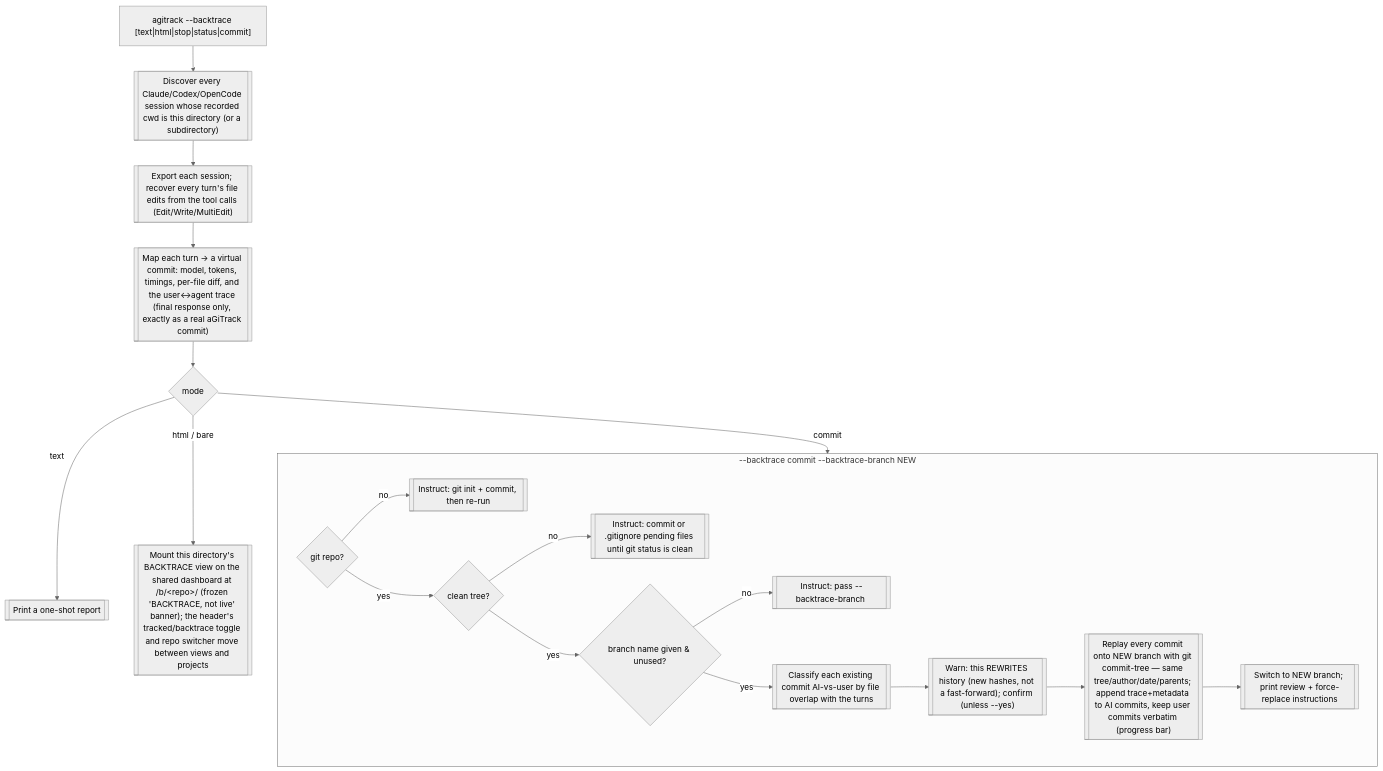
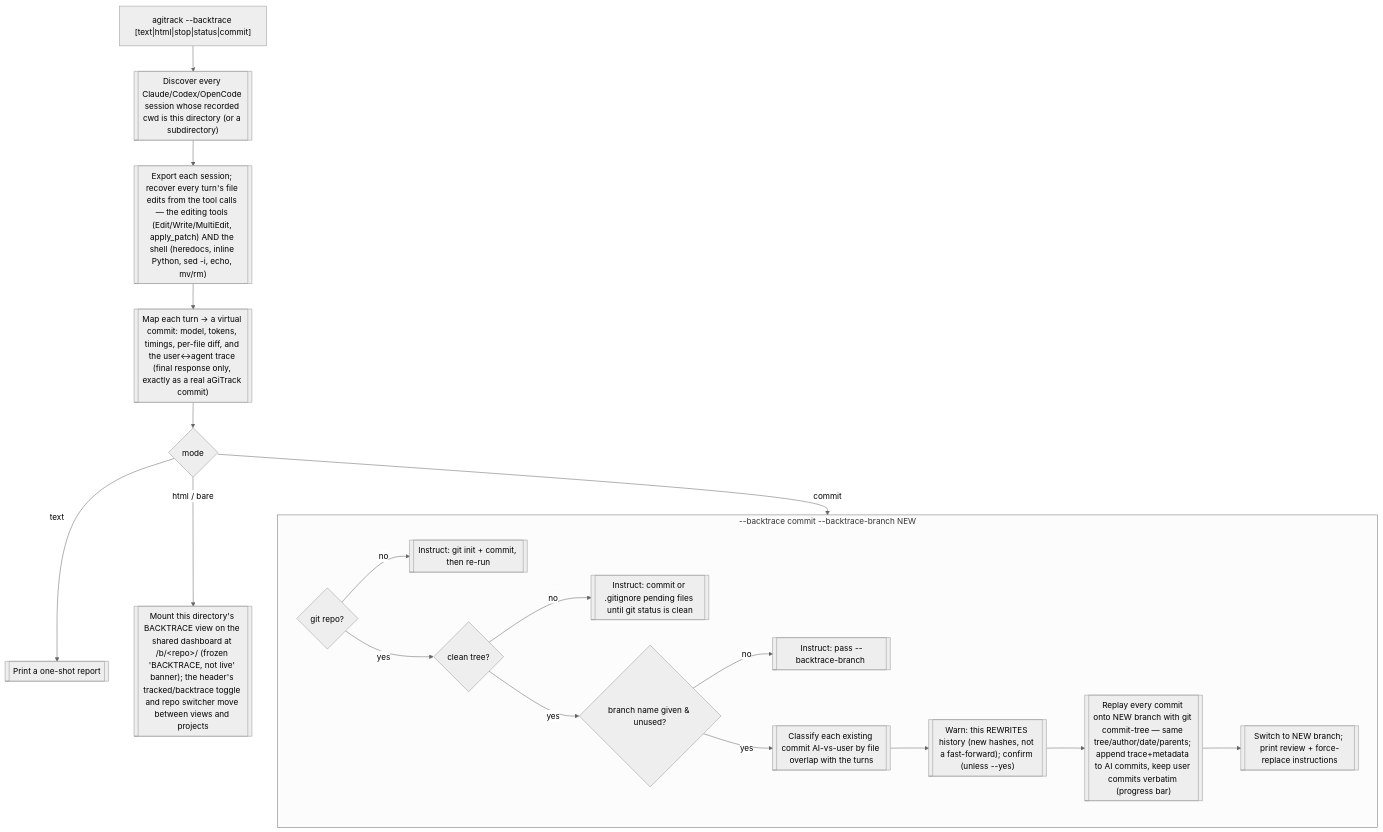
Diagram 19 of 21 in docs/user-flow.md (core-aix/agitrack), drawn with Mermaid (neutral theme) before and after one commit. The commit also changed other lines of this file and 8 other files, not shown here.

````diff
--- a/docs/user-flow.md
+++ b/docs/user-flow.md
@@ -836,21 +836,21 @@
 ```mermaid
 flowchart TD
   bt["agitrack --backtrace [text|html|stop|status|commit]"] --> disc[["Discover every Claude/Codex/OpenCode session whose recorded cwd is this directory (or a subdirectory)"]]
-  disc --> exp[["Export each session; recover every turn's file edits from the tool calls (Edit/Write/MultiEdit)"]]
+  disc --> exp[["Export each session; recover every turn's file edits from the tool calls — the editing tools (Edit/Write/MultiEdit, apply_patch) AND the shell (heredocs, inline Python, sed -i, echo, mv/rm)"]]
   exp --> map[["Map each turn → a virtual commit: model, tokens, timings, per-file diff, and the user↔agent trace (final response only, exactly as a real aGiTrack commit)"]]
   map --> mode{mode}
   mode -->|text| txt[["Print a one-shot report"]]
   mode -->|html / bare| serve[["Mount this directory's BACKTRACE view on the shared dashboard at /b/&lt;repo&gt;/ (frozen 'BACKTRACE, not live' banner); the header's tracked/backtrace toggle and repo switcher move between views and projects"]]
   mode -->|commit| commit
   subgraph commit["--backtrace commit --backtrace-branch NEW"]
     g1{git repo?} -->|no| gi[["Instruct: git init + commit, then re-run"]]
     g1 -->|yes| g2{clean tree?}
     g2 -->|no| gd[["Instruct: commit or .gitignore pending files until git status is clean"]]
     g2 -->|yes| g3{branch name given & unused?}
     g3 -->|no| gb[["Instruct: pass --backtrace-branch <new-branch>"]]
     g3 -->|yes| cls[["Classify each existing commit AI-vs-user by file overlap with the turns"]]
     cls --> warn[["Warn: this REWRITES history (new hashes, not a fast-forward); confirm (unless --yes)"]]
     warn --> replay[["Replay every commit onto NEW branch with git commit-tree — same tree/author/date/parents; append trace+metadata to AI commits, keep user commits verbatim (progress bar)"]]
     replay --> sw[["Switch to NEW branch; print review + force-replace instructions"]]
   end
 ```
````
